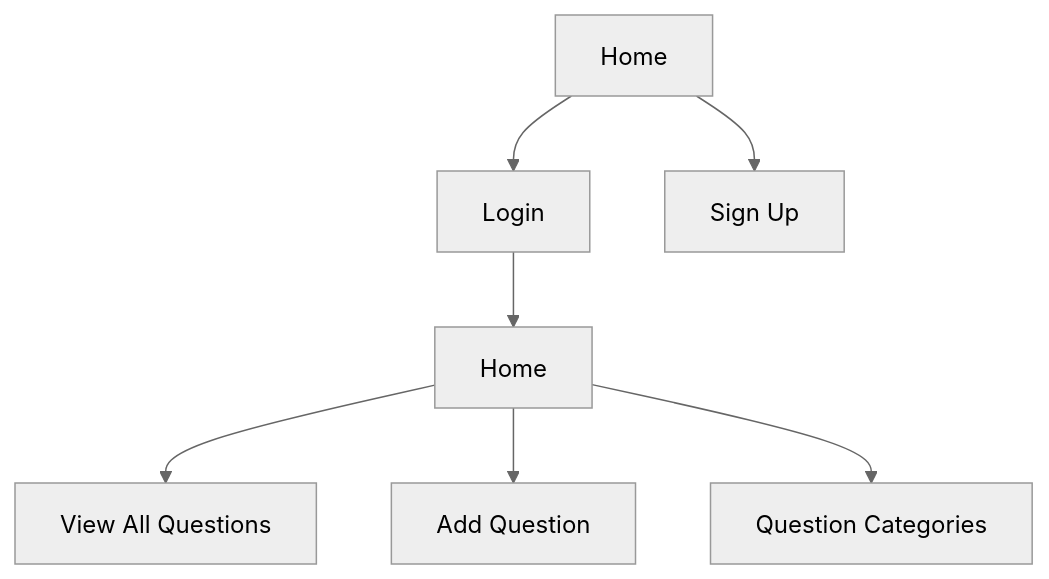
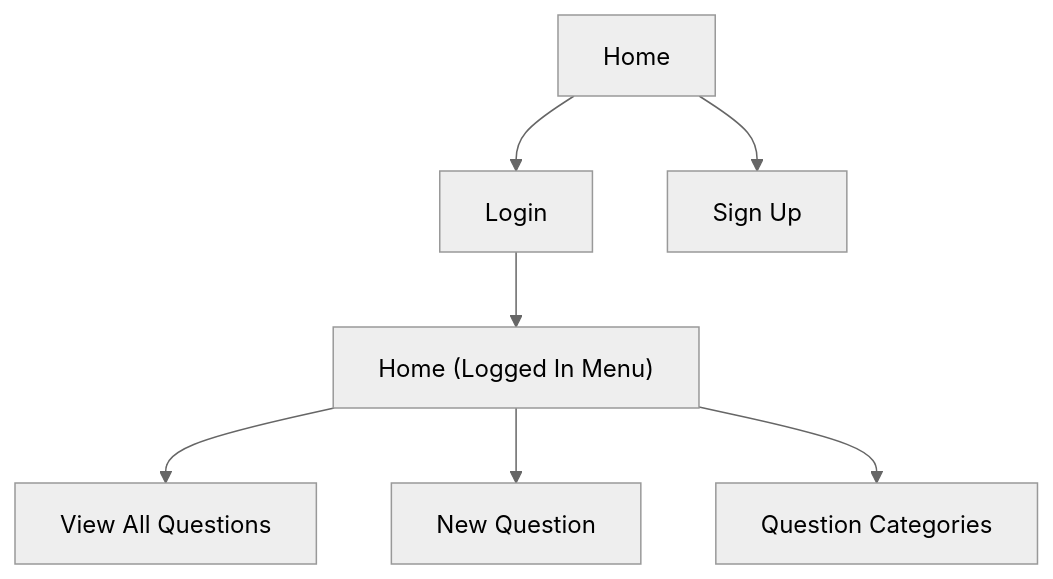
Before and after one commit to cryarchy/my_qs_and_as: the diagram in README.md, drawn with Mermaid (neutral theme). The commit also changed 13 other files, not shown here.

````diff
--- a/README.md
+++ b/README.md
@@ -46,25 +46,26 @@
 ```mermaid
 flowchart
     Home[Home]
     click Home "https://github.com/cryarchy/my_qs_and_as/blob/main/markdown/home.md"
     Login[Login]
     click Login "https://github.com/cryarchy/my_qs_and_as/blob/main/markdown/login.md"
     SignUp[Sign Up]
     click SignUp "https://github.com/cryarchy/my_qs_and_as/blob/main/markdown/signup.md"
-    LgHome[Home]
+    LgHome["Home (Logged In Menu)"]
+    click LgHome "https://github.com/cryarchy/my_qs_and_as/blob/main/markdown/sidenav.md"
 
     Home --> Login
     Home --> SignUp
     Login --> LgHome
 
     AllQns[View All Questions]
     click AllQns "https://github.com/cryarchy/my_qs_and_as/blob/main/markdown/all-questions.md"
-    AddQn[Add Question]
-    click AddQn "https://github.com/cryarchy/my_qs_and_as/blob/main/markdown/add-question.md"
+    NewQA[New Question]
+    click NewQA "https://github.com/cryarchy/my_qs_and_as/blob/main/markdown/new-qa.md"
     QnCats[Question Categories]
     click QnCats "https://github.com/cryarchy/my_qs_and_as/blob/main/markdown/qn-categories.md"
 
     LgHome --> AllQns
-    LgHome --> AddQn
+    LgHome --> NewQA
     LgHome --> QnCats
 ```
````
